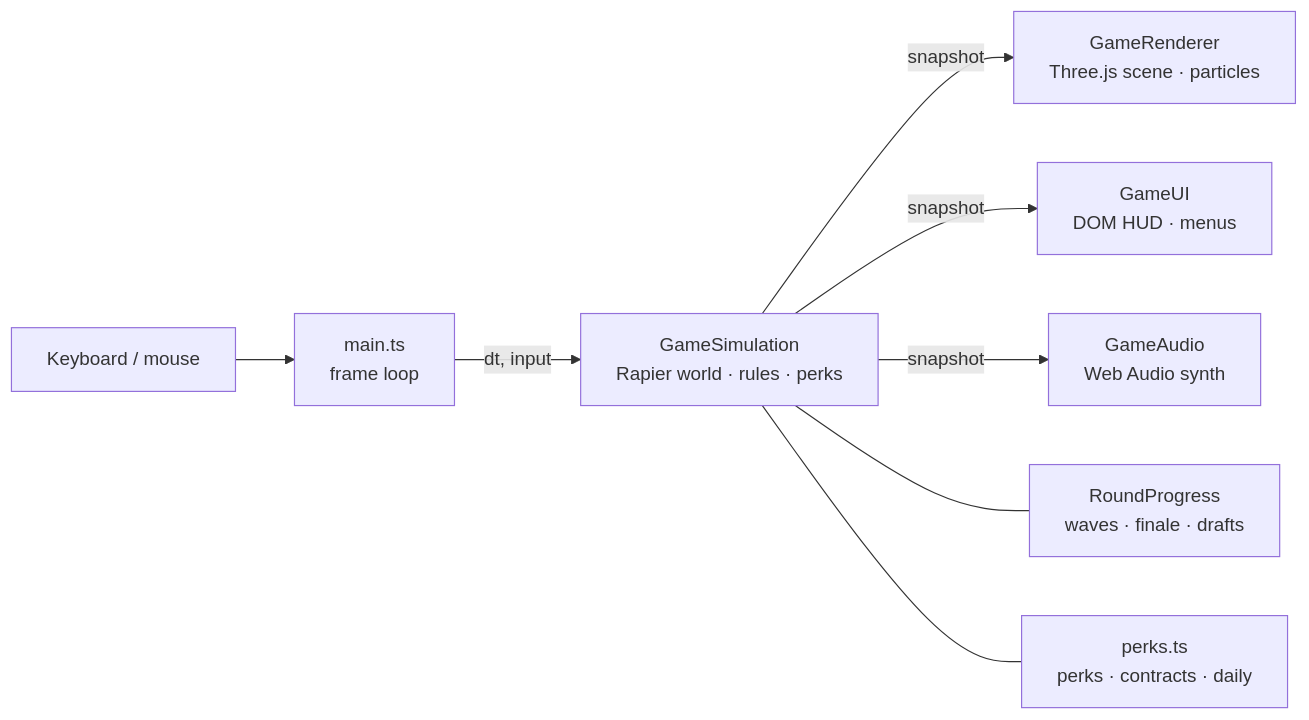
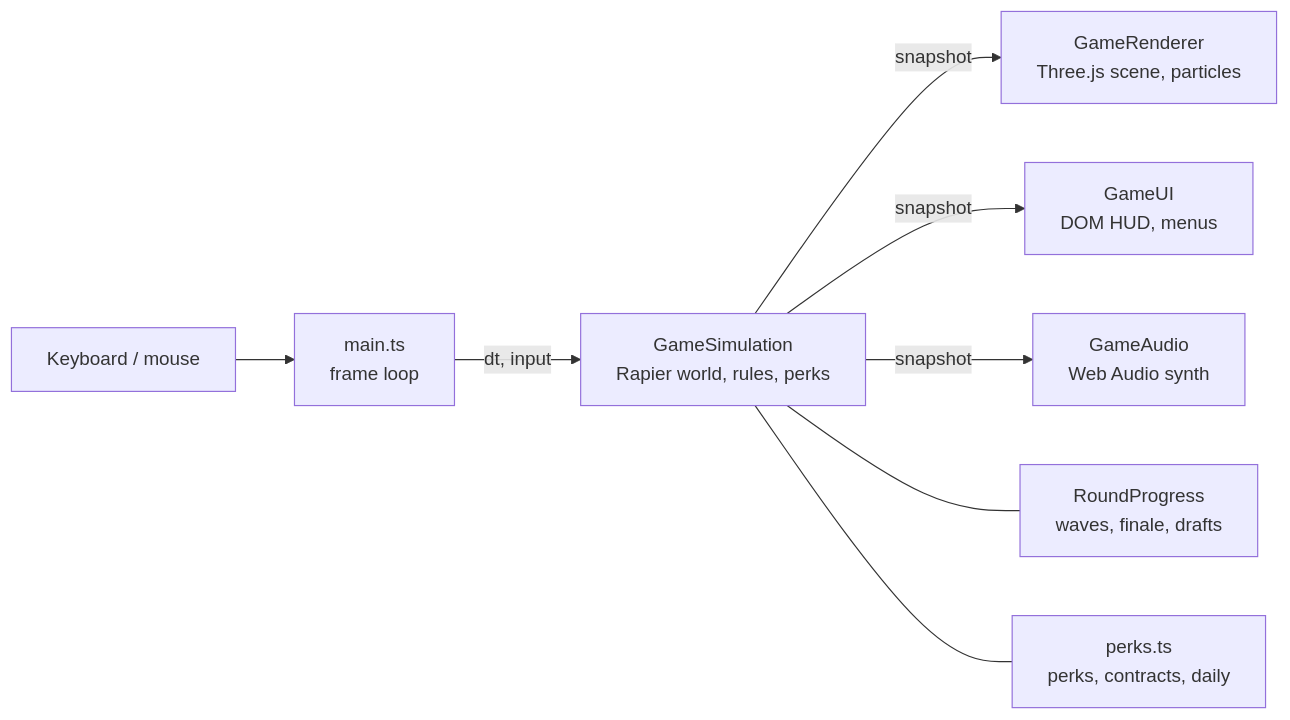
One commit to Olivia295/crash-city-breakers changed the diagram in README.md. Above: the diagram before and after it, drawn with Mermaid. The commit also changed other lines of this file and 30 other files, not shown here.

````diff
--- a/README.md
+++ b/README.md
@@ -87,10 +87,10 @@
 ```mermaid
 flowchart LR
     Input[Keyboard / mouse] --> Main[main.ts<br>frame loop]
-    Main -->|dt, input| Sim[GameSimulation<br>Rapier world · rules · perks]
-    Sim -->|snapshot| Renderer[GameRenderer<br>Three.js scene · particles]
-    Sim -->|snapshot| UI[GameUI<br>DOM HUD · menus]
+    Main -->|dt, input| Sim[GameSimulation<br>Rapier world, rules, perks]
+    Sim -->|snapshot| Renderer[GameRenderer<br>Three.js scene, particles]
+    Sim -->|snapshot| UI[GameUI<br>DOM HUD, menus]
     Sim -->|snapshot| Audio[GameAudio<br>Web Audio synth]
-    Sim --- Round[RoundProgress<br>waves · finale · drafts]
-    Sim --- Perks[perks.ts<br>perks · contracts · daily]
+    Sim --- Round[RoundProgress<br>waves, finale, drafts]
+    Sim --- Perks[perks.ts<br>perks, contracts, daily]
 ```
````
